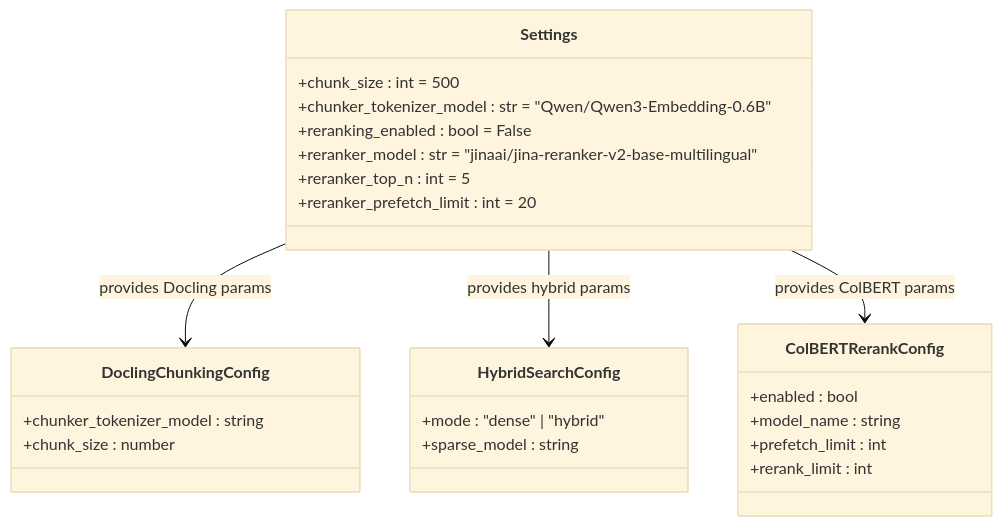
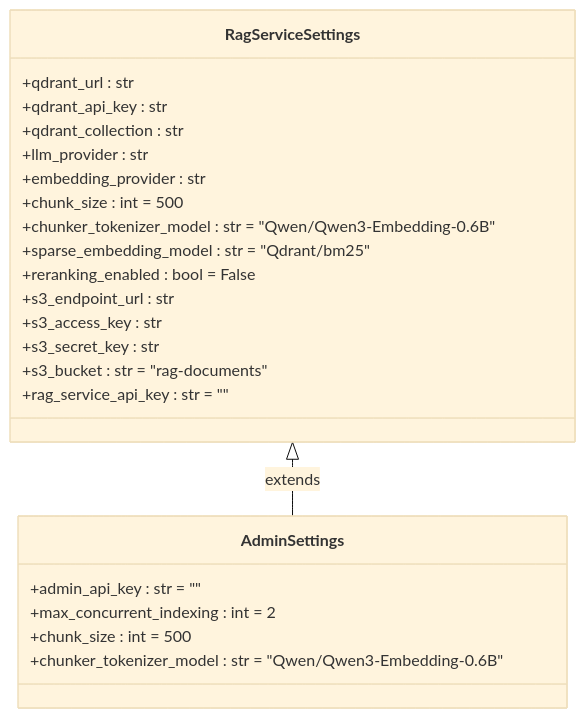
One commit to ognelis/cafetera_hr_bot changed the seventh of 8 diagrams in .qoder/repowiki/en/content/RAG Integration/RAG Parser Enhancement.md. Above: the diagram before and after it, drawn with Mermaid (base theme). The commit also changed other lines of this file and 69 other files, not shown here.

Commit message:
CAFETERA-62 Implemented RAG service

````diff
--- a/.qoder/repowiki/en/content/RAG Integration/RAG Parser Enhancement.md
+++ b/.qoder/repowiki/en/content/RAG Integration/RAG Parser Enhancement.md
@@ -317,28 +299,26 @@
 ```mermaid
 classDiagram
-class Settings {
+class RagServiceSettings {
++qdrant_url : str
++qdrant_api_key : str
++qdrant_collection : str
++llm_provider : str
++embedding_provider : str
 +chunk_size : int = 500
 +chunker_tokenizer_model : str = "Qwen/Qwen3-Embedding-0.6B"
++sparse_embedding_model : str = "Qdrant/bm25"
 +reranking_enabled : bool = False
-+reranker_model : str = "jinaai/jina-reranker-v2-base-multilingual"
-+reranker_top_n : int = 5
-+reranker_prefetch_limit : int = 20
++s3_endpoint_url : str
++s3_access_key : str
++s3_secret_key : str
++s3_bucket : str = "rag-documents"
++rag_service_api_key : str = ""
 }
-class DoclingChunkingConfig {
-+chunker_tokenizer_model : string
-+chunk_size : number
+class AdminSettings {
++admin_api_key : str = ""
++max_concurrent_indexing : int = 2
++chunk_size : int = 500
++chunker_tokenizer_model : str = "Qwen/Qwen3-Embedding-0.6B"
 }
-class HybridSearchConfig {
-+mode : "dense" | "hybrid"
-+sparse_model : string
-}
-class ColBERTRerankConfig {
-+enabled : bool
-+model_name : string
-+prefetch_limit : int
-+rerank_limit : int
-}
-Settings --> DoclingChunkingConfig : provides Docling params
-Settings --> HybridSearchConfig : provides hybrid params
-Settings --> ColBERTRerankConfig : provides ColBERT params
+RagServiceSettings <|-- AdminSettings : extends
 ```
````
